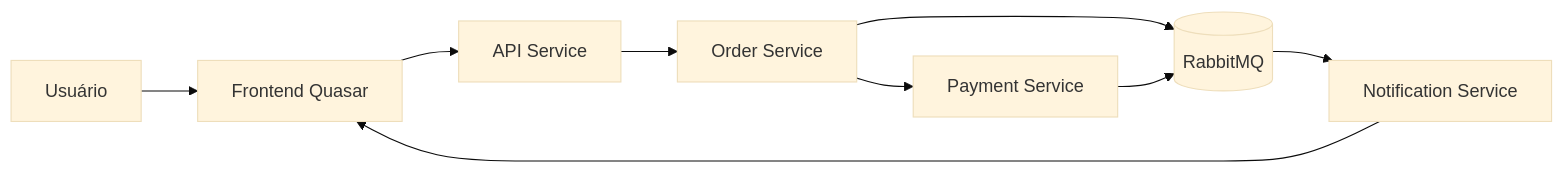
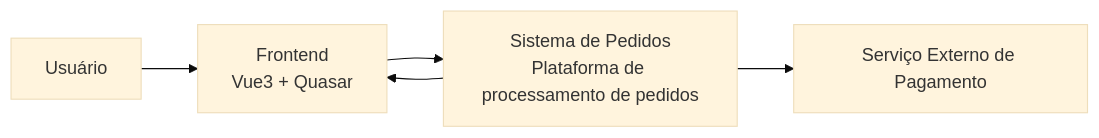
The diagram in docs/architecture/c4-context.md (victorgianvechio/microservices-demo), drawn with Mermaid (base theme) before and after one commit. The commit also changed other lines of this file, not shown here.

Commit message:
C4 context diagram modificado

````diff
--- a/docs/architecture/c4-context.md
+++ b/docs/architecture/c4-context.md
@@ -6,17 +9,19 @@
 ```mermaid
 flowchart LR
 
-User[Usuário] --> Frontend[Frontend Quasar]
+User[Usuário]
 
-Frontend --> API[API Service]
+Frontend[Frontend<br>Vue3 + Quasar]
 
-API --> Order[Order Service]
-Order --> Payment[Payment Service]
+System[Sistema de Pedidos<br>Plataforma de processamento de pedidos]
 
-Order --> Rabbit[(RabbitMQ)]
-Payment --> Rabbit
+PaymentExt[Serviço Externo de Pagamento]
 
-Rabbit --> Notification[Notification Service]
+User --> Frontend
 
-Notification --> Frontend
+Frontend --> System
+
+System --> PaymentExt
+
+System --> Frontend
 ```
````
